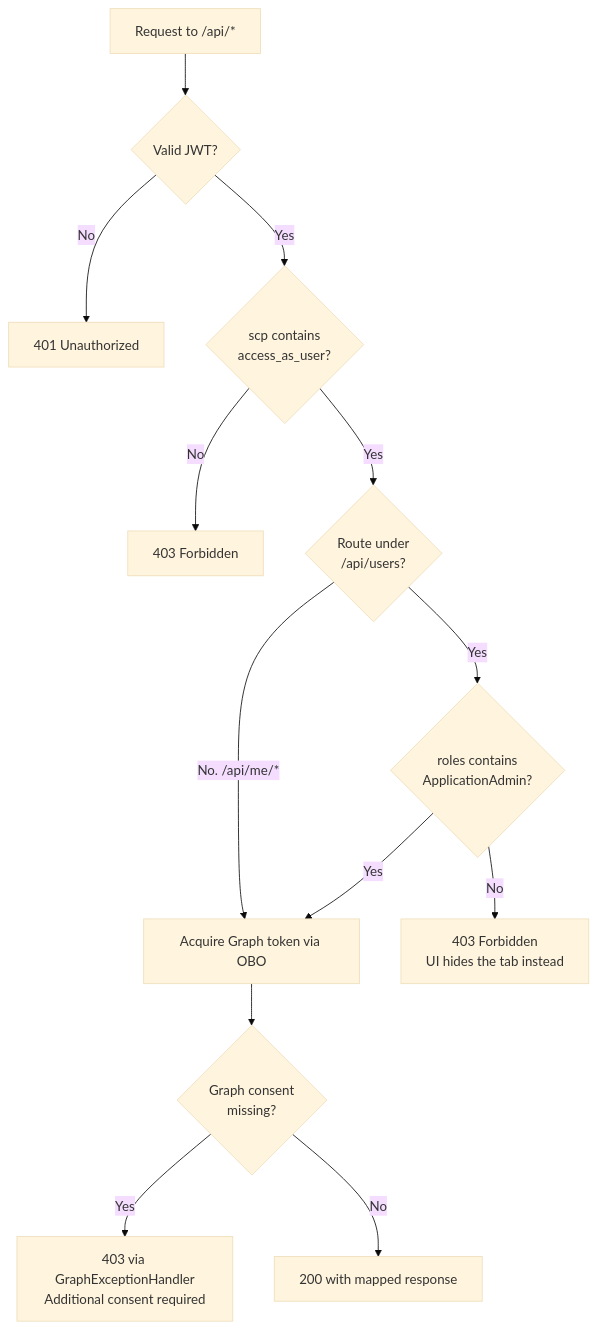
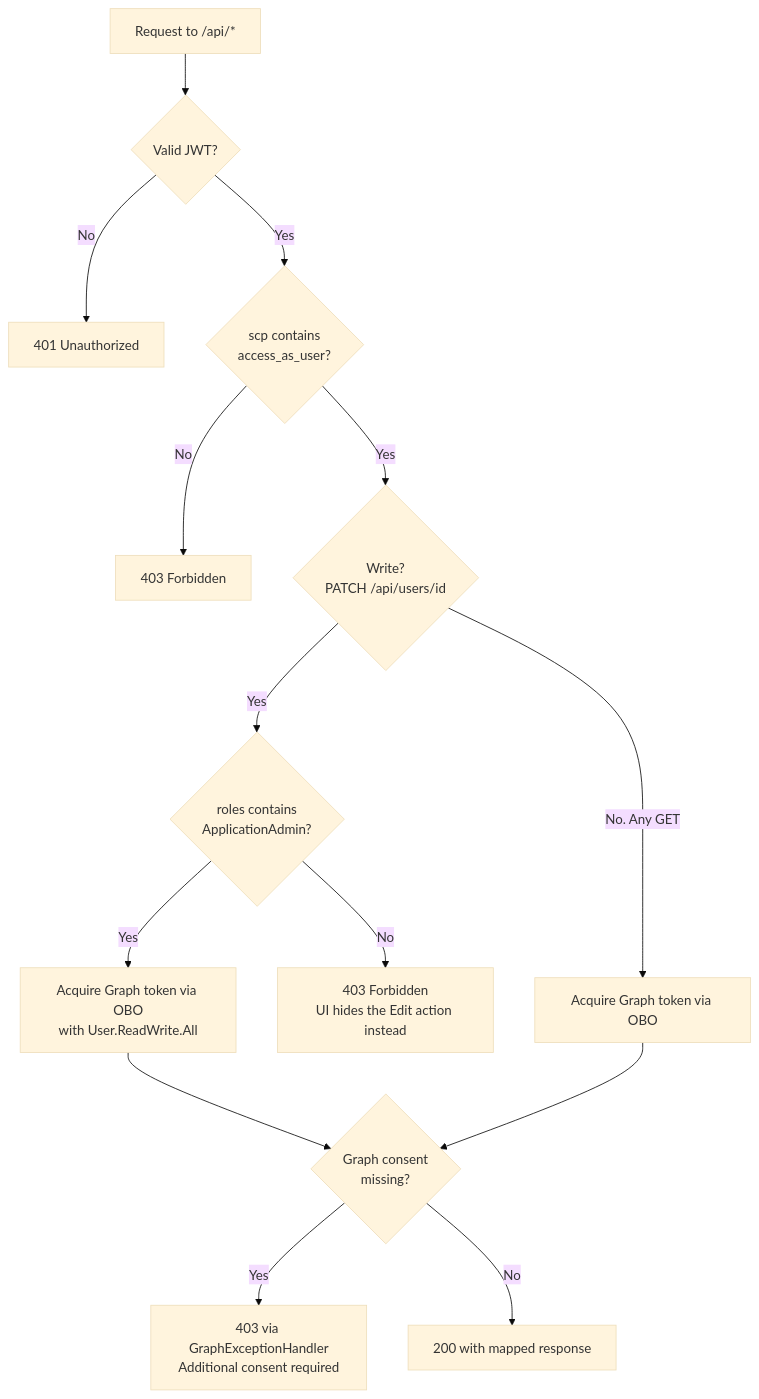
One commit to TK11703/angular-api-graph-relay changed the fourth of 4 diagrams in README.md. Above: the diagram before and after it, drawn with Mermaid (base theme). The commit also changed other lines of this file and 10 other files, not shown here.

````diff
--- a/README.md
+++ b/README.md
@@ -100,15 +100,16 @@
 ```mermaid
 flowchart TD
     REQ["Request to /api/*"] --> V{"Valid JWT?"}
     V -- No --> R401["401 Unauthorized"]
     V -- Yes --> S{"scp contains<br/>access_as_user?"}
     S -- No --> R403A["403 Forbidden"]
-    S -- Yes --> P{"Route under<br/>/api/users?"}
-    P -- "No. /api/me/*" --> OBO["Acquire Graph token via OBO"]
+    S -- Yes --> P{"Write?<br/>PATCH /api/users/id"}
+    P -- "No. Any GET" --> OBO["Acquire Graph token via OBO"]
     P -- Yes --> ROLE{"roles contains<br/>ApplicationAdmin?"}
-    ROLE -- No --> R403B["403 Forbidden<br/>UI hides the tab instead"]
-    ROLE -- Yes --> OBO
+    ROLE -- No --> R403B["403 Forbidden<br/>UI hides the Edit action instead"]
+    ROLE -- Yes --> OBOW["Acquire Graph token via OBO<br/>with User.ReadWrite.All"]
+    OBOW --> GERR
     OBO --> GERR{"Graph consent<br/>missing?"}
     GERR -- Yes --> R403C["403 via GraphExceptionHandler<br/>Additional consent required"]
     GERR -- No --> OK["200 with mapped response"]
 ```
````
